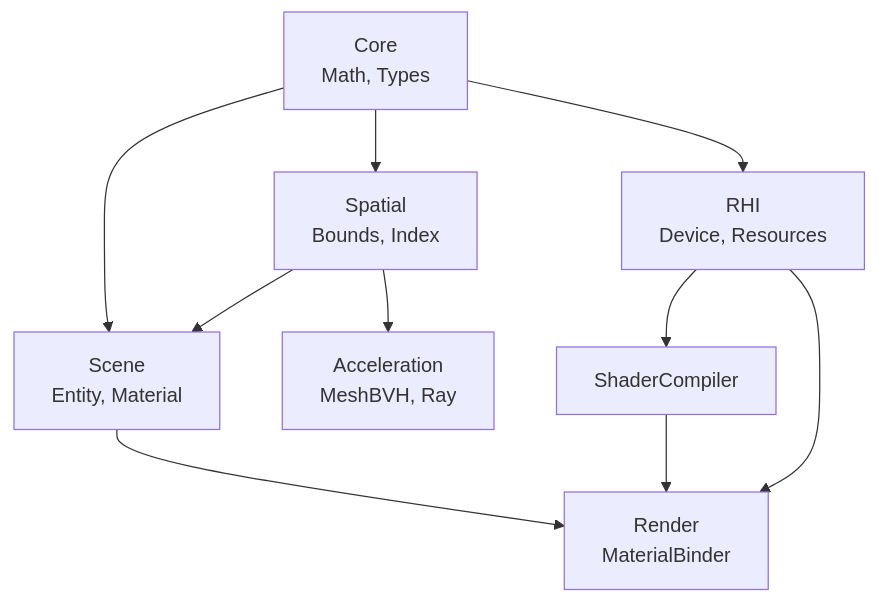
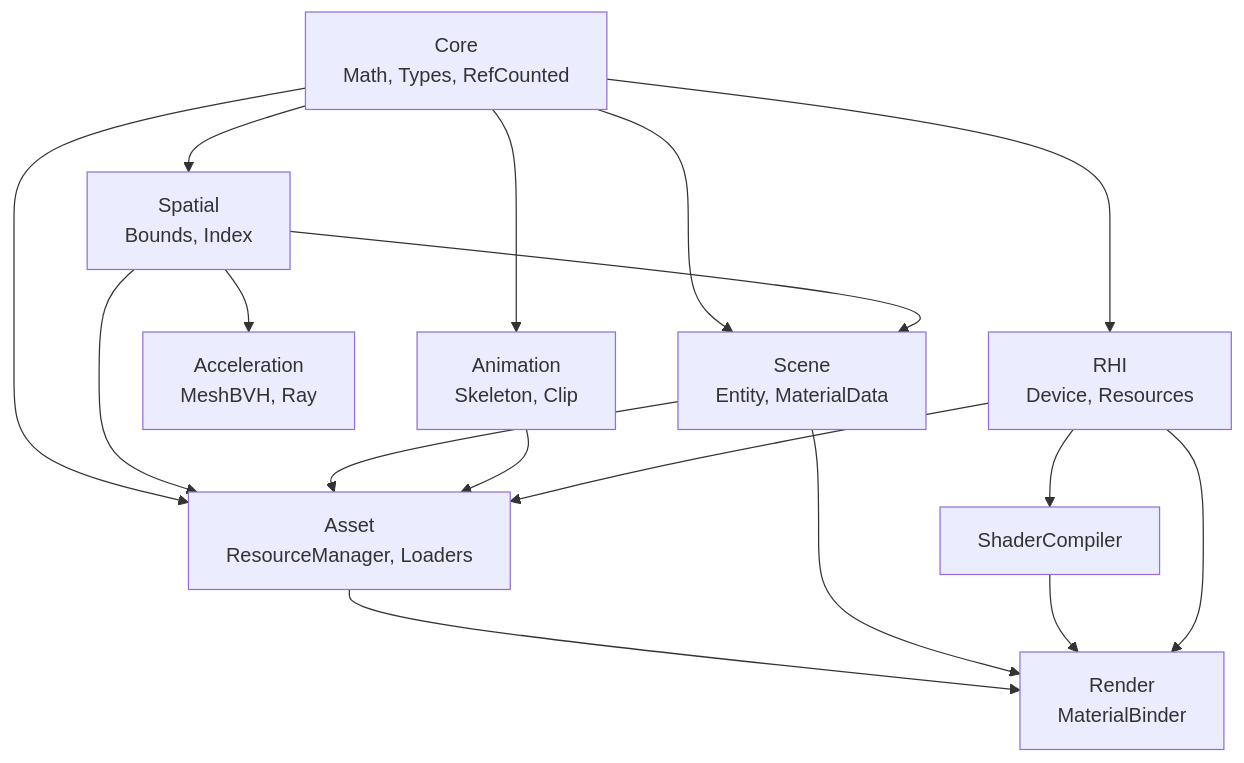
One commit to yzscodehub/RenderVerseX changed the sixth of 8 diagrams in Docs/Unified Scene and Spatial System Design.md. Above: the diagram before and after it, drawn with Mermaid. The commit also changed other lines of this file and 60 other files, not shown here.

Commit message:
feat: add spatial and scene module

````diff
--- a/Docs/Unified Scene and Spatial System Design.md
+++ b/Docs/Unified Scene and Spatial System Design.md
@@ -1065,26 +1114,41 @@
 ```mermaid
 graph TB
-    Core[Core<br/>Math, Types]
+    Core[Core<br/>Math, Types, RefCounted]
     
     Spatial[Spatial<br/>Bounds, Index]
     
-    Scene[Scene<br/>Entity, Material]
+    Scene[Scene<br/>Entity, MaterialData]
+    
+    Asset[Asset<br/>ResourceManager, Loaders]
+    
+    Animation[Animation<br/>Skeleton, Clip]
     
     Acceleration[Acceleration<br/>MeshBVH, Ray]
     
     ShaderCompiler[ShaderCompiler]
     
     RHI[RHI<br/>Device, Resources]
     
     Render[Render<br/>MaterialBinder]
     
     Core --> Spatial
     Core --> Scene
+    Core --> Asset
+    Core --> Animation
+    Core --> RHI
+    
     Spatial --> Scene
+    Spatial --> Asset
     Spatial --> Acceleration
-    Core --> RHI
+    
+    Scene --> Asset
+    Animation --> Asset
+    
     RHI --> ShaderCompiler
+    RHI --> Asset
+    
+    Asset --> Render
     Scene --> Render
     ShaderCompiler --> Render
     RHI --> Render
 ```
````
